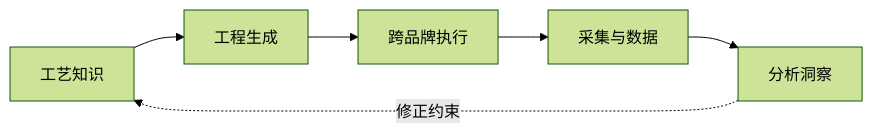
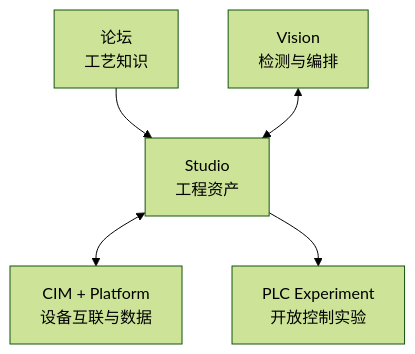
One commit to openIndu/.github changed the diagram in profile/README_ZH.md. Above: the diagram before and after it, drawn with Mermaid (forest theme). The commit also changed other lines of this file and 1 other file, not shown here.

````diff
--- a/profile/README_ZH.md
+++ b/profile/README_ZH.md
@@ -41,8 +56,13 @@
 ```mermaid
-flowchart LR
-    A[工艺知识] --> B[工程生成]
-    B --> C[跨品牌执行]
-    C --> D[采集与数据]
-    D --> E[分析洞察]
-    E -.->|修正约束| A
+flowchart TB
+    F[论坛<br/>工艺知识]
+    V[Vision<br/>检测与编排]
+    S[Studio<br/>工程资产]
+    C[CIM + Platform<br/>设备互联与数据]
+    P[PLC Experiment<br/>开放控制实验]
+
+    F --> S
+    V <--> S
+    S <--> C
+    S --> P
 ```
````
